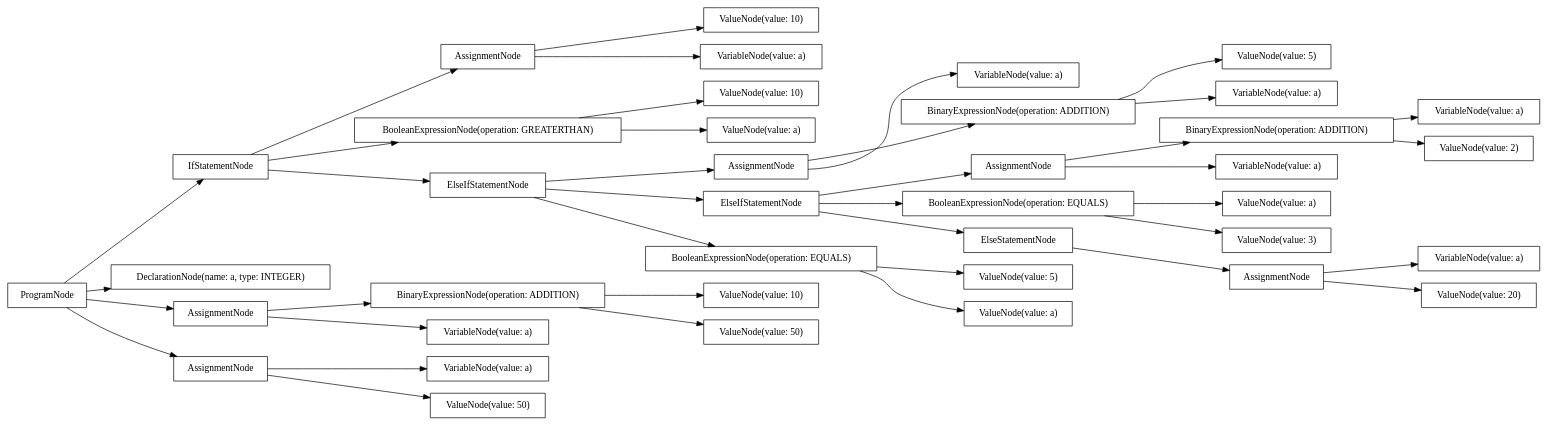
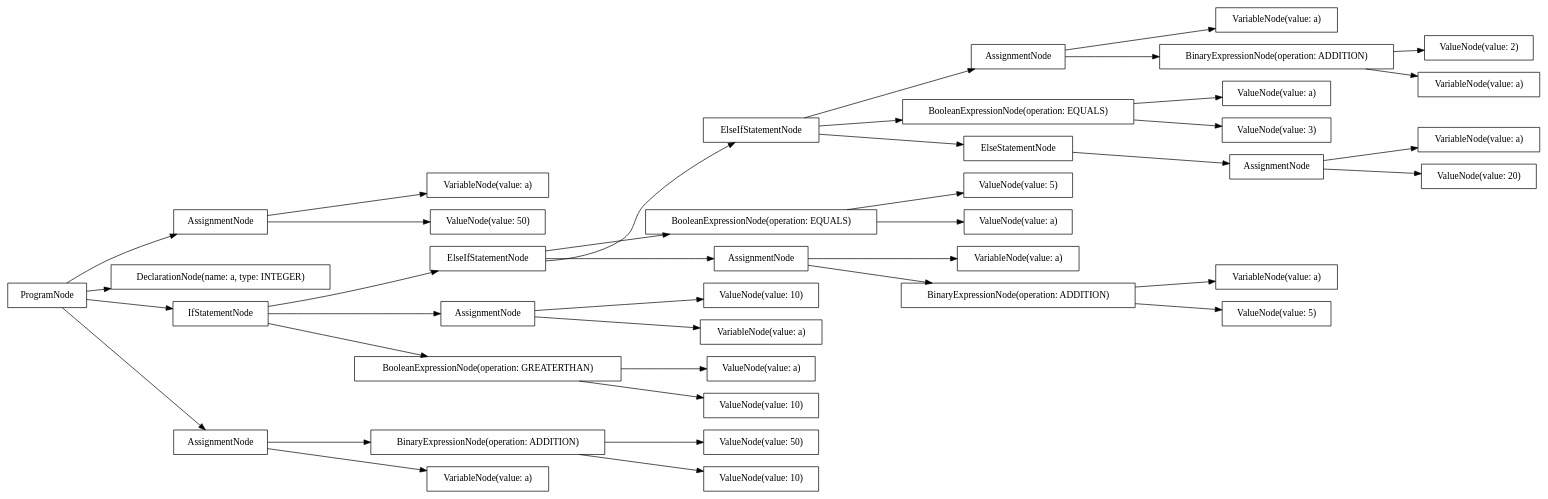
One commit to AtLeastITry/ANTLR-Python-Compiler changed the diagram in src/output/dot/example-boolean.dot. Above: the diagram before and after it, drawn with Graphviz. The commit also changed 21 other files, not shown here.

```diff
--- a/src/output/dot/example-boolean.dot
+++ b/src/output/dot/example-boolean.dot
@@ -1,80 +1,80 @@
 digraph G {
 rankdir=LR
-"90fd186d-272e-4a06-9434-95bb418b86bc" [label="AssignmentNode" shape="box"];
-"e4a46fac-3f3a-49f0-bf66-225119cf31f9" [label="ValueNode(value: 10)" shape="box"];
-"c3f9bd23-078f-4161-99a2-3935e59c267c" [label="ValueNode(value: a)" shape="box"];
-"fc83b29a-f0cb-4c65-9d9a-b74ca793ab71" [label="VariableNode(value: a)" shape="box"];
-"8465b24d-6f0a-490e-8b81-e54bf00125a3" [label="ValueNode(value: 10)" shape="box"];
-"db64ea68-6483-4d9f-97c1-388c4bcc3994" [label="IfStatementNode" shape="box"];
-"6042b251-992d-446b-a8f6-15259a7f52fc" [label="ElseIfStatementNode" shape="box"];
-"4018caae-64ed-4927-b6d3-531028d2902a" [label="VariableNode(value: a)" shape="box"];
-"8fa585d2-30ce-4188-9a7a-0d42034639c8" [label="BinaryExpressionNode(operation: ADDITION)" shape="box"];
-"735a5446-5cac-4fb8-b584-469e3f3e5ee4" [label="AssignmentNode" shape="box"];
-"0af10def-c58b-44b0-be4c-316f6bc0d6cf" [label="AssignmentNode" shape="box"];
-"38cb381e-4da3-451a-a131-1d768a351194" [label="BooleanExpressionNode(operation: GREATERTHAN)" shape="box"];
-"821b26b1-5073-4915-a6dd-620bff23f035" [label="AssignmentNode" shape="box"];
-"81d84736-912f-4313-baaf-b3b3b7985b59" [label="ValueNode(value: 5)" shape="box"];
-"035dafd2-e7cf-4bc6-8b31-75d387db81f0" [label="ValueNode(value: 10)" shape="box"];
-"91f095ba-96eb-4870-9729-b85c93c7b570" [label="ValueNode(value: 20)" shape="box"];
-"6f19cb72-3dea-419b-9062-4eb07234cf69" [label="VariableNode(value: a)" shape="box"];
-"98854cd1-975c-46cd-b654-34b77aa6e5d7" [label="DeclarationNode(name: a, type: INTEGER)" shape="box"];
-"1c104e9b-3023-44ad-acd7-eb2b085483ba" [label="ValueNode(value: a)" shape="box"];
-"37518bef-31df-48dd-9457-ad4f3b446939" [label="ValueNode(value: 3)" shape="box"];
-"dc9f96f4-bb35-448d-b353-62d8a7fffa39" [label="ValueNode(value: 50)" shape="box"];
-"618b97cc-b779-472f-82f3-b1b75547d6f2" [label="ElseIfStatementNode" shape="box"];
-"22ecc208-b33a-4ad6-bfa8-bf34211d7a69" [label="AssignmentNode" shape="box"];
-"bfe1db83-447d-4caf-af10-483ae6d4f22f" [label="ValueNode(value: 5)" shape="box"];
-"0ca705a2-6999-4a45-b9e2-0616a1711efe" [label="VariableNode(value: a)" shape="box"];
-"562bc62a-5eae-4494-80dc-00c3acd8e1df" [label="BinaryExpressionNode(operation: ADDITION)" shape="box"];
-"d6ff30d7-cef4-4bff-826e-3f9b9164a7d6" [label="BooleanExpressionNode(operation: EQUALS)" shape="box"];
-"8bc4516c-54c5-4fe4-b27d-f86966e30917" [label="ValueNode(value: a)" shape="box"];
-"97c9109a-7715-499e-a81c-e04b0ac9e1ac" [label="AssignmentNode" shape="box"];
-"55e80f82-5ff7-4c1d-b239-2c806a772b24" [label="VariableNode(value: a)" shape="box"];
-"78febb97-8d00-47cc-9b56-d92babe24855" [label="ElseStatementNode" shape="box"];
-"44b2baf7-815b-457f-a6a4-b30a573b4085" [label="ValueNode(value: 2)" shape="box"];
-"c3ab13b0-3954-4255-a0af-3557fb44f312" [label="BinaryExpressionNode(operation: ADDITION)" shape="box"];
-"f54148aa-2d2b-48c9-8002-2a82e60a73f7" [label="VariableNode(value: a)" shape="box"];
-"1ec8706b-2fe5-43c2-84c9-8a044a46d438" [label="ValueNode(value: 50)" shape="box"];
-"c233b87a-1426-4b51-ae70-6193b622d044" [label="ProgramNode" shape="box"];
-"97a5e8ff-efdf-4a1b-928c-4286efb04559" [label="BooleanExpressionNode(operation: EQUALS)" shape="box"];
-"7d1c9fcb-895e-4543-9825-cb818c8c8e9c" [label="VariableNode(value: a)" shape="box"];
-"41ca5ae6-8234-4a4c-8a15-69be07cd694d" [label="VariableNode(value: a)" shape="box"];
-"c233b87a-1426-4b51-ae70-6193b622d044" -> "98854cd1-975c-46cd-b654-34b77aa6e5d7";
-"c233b87a-1426-4b51-ae70-6193b622d044" -> "97c9109a-7715-499e-a81c-e04b0ac9e1ac";
-"97c9109a-7715-499e-a81c-e04b0ac9e1ac" -> "55e80f82-5ff7-4c1d-b239-2c806a772b24";
-"97c9109a-7715-499e-a81c-e04b0ac9e1ac" -> "1ec8706b-2fe5-43c2-84c9-8a044a46d438";
-"c233b87a-1426-4b51-ae70-6193b622d044" -> "db64ea68-6483-4d9f-97c1-388c4bcc3994";
-"db64ea68-6483-4d9f-97c1-388c4bcc3994" -> "38cb381e-4da3-451a-a131-1d768a351194";
-"38cb381e-4da3-451a-a131-1d768a351194" -> "8bc4516c-54c5-4fe4-b27d-f86966e30917";
-"38cb381e-4da3-451a-a131-1d768a351194" -> "8465b24d-6f0a-490e-8b81-e54bf00125a3";
-"db64ea68-6483-4d9f-97c1-388c4bcc3994" -> "0af10def-c58b-44b0-be4c-316f6bc0d6cf";
-"0af10def-c58b-44b0-be4c-316f6bc0d6cf" -> "4018caae-64ed-4927-b6d3-531028d2902a";
-"0af10def-c58b-44b0-be4c-316f6bc0d6cf" -> "e4a46fac-3f3a-49f0-bf66-225119cf31f9";
-"db64ea68-6483-4d9f-97c1-388c4bcc3994" -> "618b97cc-b779-472f-82f3-b1b75547d6f2";
-"618b97cc-b779-472f-82f3-b1b75547d6f2" -> "97a5e8ff-efdf-4a1b-928c-4286efb04559";
-"97a5e8ff-efdf-4a1b-928c-4286efb04559" -> "1c104e9b-3023-44ad-acd7-eb2b085483ba";
-"97a5e8ff-efdf-4a1b-928c-4286efb04559" -> "81d84736-912f-4313-baaf-b3b3b7985b59";
-"618b97cc-b779-472f-82f3-b1b75547d6f2" -> "90fd186d-272e-4a06-9434-95bb418b86bc";
-"90fd186d-272e-4a06-9434-95bb418b86bc" -> "6f19cb72-3dea-419b-9062-4eb07234cf69";
-"90fd186d-272e-4a06-9434-95bb418b86bc" -> "c3ab13b0-3954-4255-a0af-3557fb44f312";
-"c3ab13b0-3954-4255-a0af-3557fb44f312" -> "41ca5ae6-8234-4a4c-8a15-69be07cd694d";
-"c3ab13b0-3954-4255-a0af-3557fb44f312" -> "bfe1db83-447d-4caf-af10-483ae6d4f22f";
-"618b97cc-b779-472f-82f3-b1b75547d6f2" -> "6042b251-992d-446b-a8f6-15259a7f52fc";
-"6042b251-992d-446b-a8f6-15259a7f52fc" -> "d6ff30d7-cef4-4bff-826e-3f9b9164a7d6";
-"d6ff30d7-cef4-4bff-826e-3f9b9164a7d6" -> "c3f9bd23-078f-4161-99a2-3935e59c267c";
-"d6ff30d7-cef4-4bff-826e-3f9b9164a7d6" -> "37518bef-31df-48dd-9457-ad4f3b446939";
-"6042b251-992d-446b-a8f6-15259a7f52fc" -> "821b26b1-5073-4915-a6dd-620bff23f035";
-"821b26b1-5073-4915-a6dd-620bff23f035" -> "7d1c9fcb-895e-4543-9825-cb818c8c8e9c";
-"821b26b1-5073-4915-a6dd-620bff23f035" -> "562bc62a-5eae-4494-80dc-00c3acd8e1df";
-"562bc62a-5eae-4494-80dc-00c3acd8e1df" -> "0ca705a2-6999-4a45-b9e2-0616a1711efe";
-"562bc62a-5eae-4494-80dc-00c3acd8e1df" -> "44b2baf7-815b-457f-a6a4-b30a573b4085";
-"6042b251-992d-446b-a8f6-15259a7f52fc" -> "78febb97-8d00-47cc-9b56-d92babe24855";
-"78febb97-8d00-47cc-9b56-d92babe24855" -> "735a5446-5cac-4fb8-b584-469e3f3e5ee4";
-"735a5446-5cac-4fb8-b584-469e3f3e5ee4" -> "fc83b29a-f0cb-4c65-9d9a-b74ca793ab71";
-"735a5446-5cac-4fb8-b584-469e3f3e5ee4" -> "91f095ba-96eb-4870-9729-b85c93c7b570";
-"c233b87a-1426-4b51-ae70-6193b622d044" -> "22ecc208-b33a-4ad6-bfa8-bf34211d7a69";
-"22ecc208-b33a-4ad6-bfa8-bf34211d7a69" -> "f54148aa-2d2b-48c9-8002-2a82e60a73f7";
-"22ecc208-b33a-4ad6-bfa8-bf34211d7a69" -> "8fa585d2-30ce-4188-9a7a-0d42034639c8";
-"8fa585d2-30ce-4188-9a7a-0d42034639c8" -> "035dafd2-e7cf-4bc6-8b31-75d387db81f0";
-"8fa585d2-30ce-4188-9a7a-0d42034639c8" -> "dc9f96f4-bb35-448d-b353-62d8a7fffa39";
+"67dcd1a4-a89f-432d-a455-d7ac57125c61" [label="VariableNode(value: a)" shape="box"];
+"af503a5e-ca06-4830-81cd-aa96f2b8765a" [label="ValueNode(value: 50)" shape="box"];
+"637afd98-0511-49d7-8836-c6ba24b6ef5c" [label="ValueNode(value: 2)" shape="box"];
+"813e0ff4-914d-47d6-a93f-7b4127fb0557" [label="VariableNode(value: a)" shape="box"];
+"95dea026-1017-4a9b-a854-e579669f8405" [label="VariableNode(value: a)" shape="box"];
+"de0d66fd-8857-4d8a-b1e0-39572a2e39f0" [label="ElseIfStatementNode" shape="box"];
+"a368608e-0c48-45e5-bf1b-b42200b8a08d" [label="AssignmentNode" shape="box"];
+"8f349314-6376-4227-a1a0-31b584e984c4" [label="AssignmentNode" shape="box"];
+"b6c8a02b-6861-4e76-a162-0541d09c7701" [label="DeclarationNode(name: a, type: INTEGER)" shape="box"];
+"bb6c4e8b-d5cf-47f9-a144-b8ffe513d7f2" [label="ElseIfStatementNode" shape="box"];
+"47910ff6-83e2-4792-aaa1-77b5f37a69f5" [label="AssignmentNode" shape="box"];
+"0579035c-433b-4a15-b4d4-991227863904" [label="ValueNode(value: 50)" shape="box"];
+"e6fe4c78-aad0-4823-abfc-987be7aa8417" [label="ValueNode(value: a)" shape="box"];
+"a5bee8c0-46fc-4c1f-a96b-7928d4c2594d" [label="ValueNode(value: a)" shape="box"];
+"6b4b88ef-5edf-4d18-85f2-d88ecbb046bc" [label="VariableNode(value: a)" shape="box"];
+"4e82038e-174f-4d6e-81a1-7477d4937ebc" [label="ValueNode(value: 10)" shape="box"];
+"6fb1b7a2-4411-41a0-8a8b-eca64d86bcdd" [label="VariableNode(value: a)" shape="box"];
+"49cd844d-2e36-4660-85de-f603c82de6b3" [label="BooleanExpressionNode(operation: GREATERTHAN)" shape="box"];
+"ac3e18f4-24cf-44ec-86e1-7900c5045f5b" [label="VariableNode(value: a)" shape="box"];
+"47f27fa0-7690-49b6-9506-0820c9cd9285" [label="ValueNode(value: 5)" shape="box"];
+"bb8cf287-d78f-4eed-9e48-98adc134d626" [label="ValueNode(value: 5)" shape="box"];
+"aa0ea21e-bb0c-4e27-8f9f-382a0833a41e" [label="ValueNode(value: a)" shape="box"];
+"9b0c924b-58b5-426a-8bba-5f64910d636f" [label="AssignmentNode" shape="box"];
+"b0957cbd-8fce-4014-85a2-b9ac90ba7360" [label="BooleanExpressionNode(operation: EQUALS)" shape="box"];
+"88ba3979-832a-43f3-a224-89f49103ffe3" [label="BooleanExpressionNode(operation: EQUALS)" shape="box"];
+"29f12f2a-e58a-45bb-9c7c-c596e7f2a019" [label="BinaryExpressionNode(operation: ADDITION)" shape="box"];
+"a4af3d8f-31ae-467d-8e27-0224626d4376" [label="ElseStatementNode" shape="box"];
+"3e146687-45bd-4957-8822-63b0ec7285f6" [label="AssignmentNode" shape="box"];
+"3763a1e2-ad45-469a-b688-db0f541de6f1" [label="ValueNode(value: 20)" shape="box"];
+"bdfe5775-7834-4853-9b9e-89b01e7d720a" [label="BinaryExpressionNode(operation: ADDITION)" shape="box"];
+"4ddbf3e9-b623-40f4-b2f0-05aea7246329" [label="VariableNode(value: a)" shape="box"];
+"eb1def5e-efc7-40af-9704-08aff58cf93b" [label="IfStatementNode" shape="box"];
+"b2fcd581-be9a-412c-aebb-f661e55f6436" [label="AssignmentNode" shape="box"];
+"e643cdcb-1eca-48f0-aa5a-1c4197134c47" [label="ValueNode(value: 10)" shape="box"];
+"8dc7b8f0-1501-44f7-956c-066913eb6151" [label="ValueNode(value: 10)" shape="box"];
+"4bbcc268-5655-4f48-bac9-5fa54c4003da" [label="ProgramNode" shape="box"];
+"1d6d21cd-1c1e-4ca0-9aed-560ab09b3f9d" [label="VariableNode(value: a)" shape="box"];
+"10821633-1883-45d8-a1f3-4cd33b245ed1" [label="BinaryExpressionNode(operation: ADDITION)" shape="box"];
+"60f2f233-127b-4f35-bf6a-b833135f8436" [label="ValueNode(value: 3)" shape="box"];
+"4bbcc268-5655-4f48-bac9-5fa54c4003da" -> "b6c8a02b-6861-4e76-a162-0541d09c7701";
+"4bbcc268-5655-4f48-bac9-5fa54c4003da" -> "a368608e-0c48-45e5-bf1b-b42200b8a08d";
+"a368608e-0c48-45e5-bf1b-b42200b8a08d" -> "67dcd1a4-a89f-432d-a455-d7ac57125c61";
+"a368608e-0c48-45e5-bf1b-b42200b8a08d" -> "0579035c-433b-4a15-b4d4-991227863904";
+"4bbcc268-5655-4f48-bac9-5fa54c4003da" -> "eb1def5e-efc7-40af-9704-08aff58cf93b";
+"eb1def5e-efc7-40af-9704-08aff58cf93b" -> "49cd844d-2e36-4660-85de-f603c82de6b3";
+"49cd844d-2e36-4660-85de-f603c82de6b3" -> "a5bee8c0-46fc-4c1f-a96b-7928d4c2594d";
+"49cd844d-2e36-4660-85de-f603c82de6b3" -> "4e82038e-174f-4d6e-81a1-7477d4937ebc";
+"eb1def5e-efc7-40af-9704-08aff58cf93b" -> "8f349314-6376-4227-a1a0-31b584e984c4";
+"8f349314-6376-4227-a1a0-31b584e984c4" -> "1d6d21cd-1c1e-4ca0-9aed-560ab09b3f9d";
+"8f349314-6376-4227-a1a0-31b584e984c4" -> "8dc7b8f0-1501-44f7-956c-066913eb6151";
+"eb1def5e-efc7-40af-9704-08aff58cf93b" -> "de0d66fd-8857-4d8a-b1e0-39572a2e39f0";
+"de0d66fd-8857-4d8a-b1e0-39572a2e39f0" -> "88ba3979-832a-43f3-a224-89f49103ffe3";
+"88ba3979-832a-43f3-a224-89f49103ffe3" -> "aa0ea21e-bb0c-4e27-8f9f-382a0833a41e";
+"88ba3979-832a-43f3-a224-89f49103ffe3" -> "bb8cf287-d78f-4eed-9e48-98adc134d626";
+"de0d66fd-8857-4d8a-b1e0-39572a2e39f0" -> "3e146687-45bd-4957-8822-63b0ec7285f6";
+"3e146687-45bd-4957-8822-63b0ec7285f6" -> "6b4b88ef-5edf-4d18-85f2-d88ecbb046bc";
+"3e146687-45bd-4957-8822-63b0ec7285f6" -> "10821633-1883-45d8-a1f3-4cd33b245ed1";
+"10821633-1883-45d8-a1f3-4cd33b245ed1" -> "ac3e18f4-24cf-44ec-86e1-7900c5045f5b";
+"10821633-1883-45d8-a1f3-4cd33b245ed1" -> "47f27fa0-7690-49b6-9506-0820c9cd9285";
+"de0d66fd-8857-4d8a-b1e0-39572a2e39f0" -> "bb6c4e8b-d5cf-47f9-a144-b8ffe513d7f2";
+"bb6c4e8b-d5cf-47f9-a144-b8ffe513d7f2" -> "b0957cbd-8fce-4014-85a2-b9ac90ba7360";
+"b0957cbd-8fce-4014-85a2-b9ac90ba7360" -> "e6fe4c78-aad0-4823-abfc-987be7aa8417";
+"b0957cbd-8fce-4014-85a2-b9ac90ba7360" -> "60f2f233-127b-4f35-bf6a-b833135f8436";
+"bb6c4e8b-d5cf-47f9-a144-b8ffe513d7f2" -> "9b0c924b-58b5-426a-8bba-5f64910d636f";
+"9b0c924b-58b5-426a-8bba-5f64910d636f" -> "813e0ff4-914d-47d6-a93f-7b4127fb0557";
+"9b0c924b-58b5-426a-8bba-5f64910d636f" -> "29f12f2a-e58a-45bb-9c7c-c596e7f2a019";
+"29f12f2a-e58a-45bb-9c7c-c596e7f2a019" -> "95dea026-1017-4a9b-a854-e579669f8405";
+"29f12f2a-e58a-45bb-9c7c-c596e7f2a019" -> "637afd98-0511-49d7-8836-c6ba24b6ef5c";
+"bb6c4e8b-d5cf-47f9-a144-b8ffe513d7f2" -> "a4af3d8f-31ae-467d-8e27-0224626d4376";
+"a4af3d8f-31ae-467d-8e27-0224626d4376" -> "47910ff6-83e2-4792-aaa1-77b5f37a69f5";
+"47910ff6-83e2-4792-aaa1-77b5f37a69f5" -> "6fb1b7a2-4411-41a0-8a8b-eca64d86bcdd";
+"47910ff6-83e2-4792-aaa1-77b5f37a69f5" -> "3763a1e2-ad45-469a-b688-db0f541de6f1";
+"4bbcc268-5655-4f48-bac9-5fa54c4003da" -> "b2fcd581-be9a-412c-aebb-f661e55f6436";
+"b2fcd581-be9a-412c-aebb-f661e55f6436" -> "4ddbf3e9-b623-40f4-b2f0-05aea7246329";
+"b2fcd581-be9a-412c-aebb-f661e55f6436" -> "bdfe5775-7834-4853-9b9e-89b01e7d720a";
+"bdfe5775-7834-4853-9b9e-89b01e7d720a" -> "e643cdcb-1eca-48f0-aa5a-1c4197134c47";
+"bdfe5775-7834-4853-9b9e-89b01e7d720a" -> "af503a5e-ca06-4830-81cd-aa96f2b8765a";
 }
```
